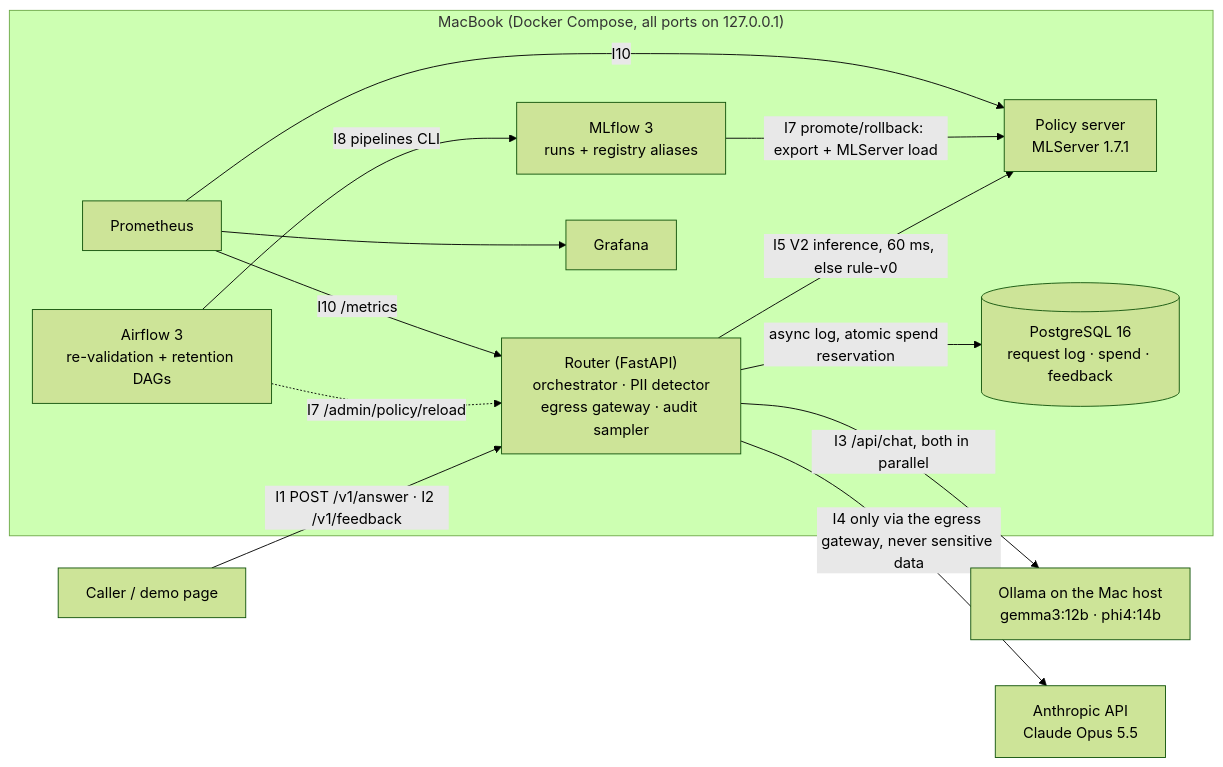
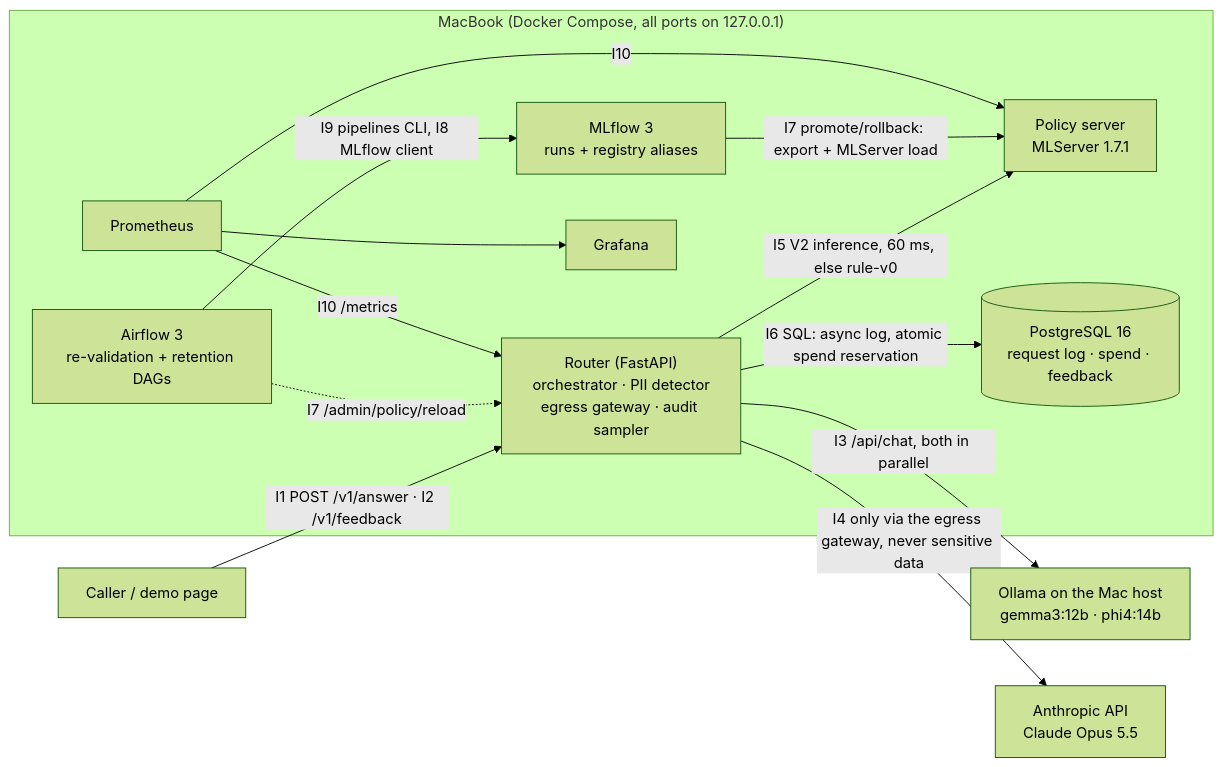
One commit to fatimabolehyool-cmd/llm-cost-router changed the diagram in README.md. Above: the diagram before and after it, drawn with Mermaid (forest theme). The commit also changed 1 other file, not shown here.

Commit message:
Redesign demo page; align README interface labels with the architecture doc
Claude-Session: https://claude.ai/code/session_01DVbsTsu4mnVwWLCba68w4d

````diff
--- a/README.md
+++ b/README.md
@@ -25,23 +25,23 @@
 ```mermaid
 flowchart LR
   C["Caller / demo page"] -->|"I1 POST /v1/answer · I2 /v1/feedback"| R
   subgraph Mac["MacBook (Docker Compose, all ports on 127.0.0.1)"]
     R["Router (FastAPI)<br/>orchestrator · PII detector<br/>egress gateway · audit sampler"]
     P["Policy server<br/>MLServer 1.7.1"]
     DB[("PostgreSQL 16<br/>request log · spend · feedback")]
     AF["Airflow 3<br/>re-validation + retention DAGs"]
     ML["MLflow 3<br/>runs + registry aliases"]
     PR["Prometheus"] --> G["Grafana"]
   end
   O["Ollama on the Mac host<br/>gemma3:12b · phi4:14b"]
   A["Anthropic API<br/>Claude Opus 5.5"]
   R -->|"I3 /api/chat, both in parallel"| O
   R -->|"I5 V2 inference, 60 ms, else rule-v0"| P
-  R -->|"async log, atomic spend reservation"| DB
+  R -->|"I6 SQL: async log, atomic spend reservation"| DB
   R -->|"I4 only via the egress gateway, never sensitive data"| A
-  AF -->|"I8 pipelines CLI"| ML
+  AF -->|"I9 pipelines CLI, I8 MLflow client"| ML
   ML -->|"I7 promote/rollback: export + MLServer load"| P
   AF -.->|"I7 /admin/policy/reload"| R
   PR -->|"I10 /metrics"| R
   PR -->|"I10"| P
 ```
````
